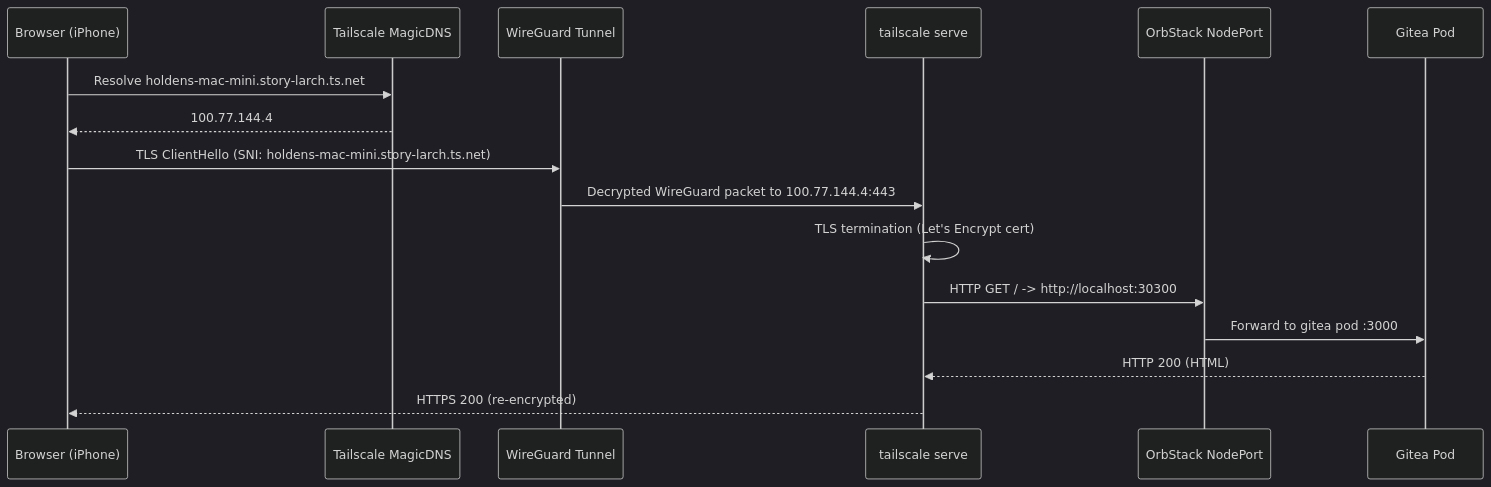
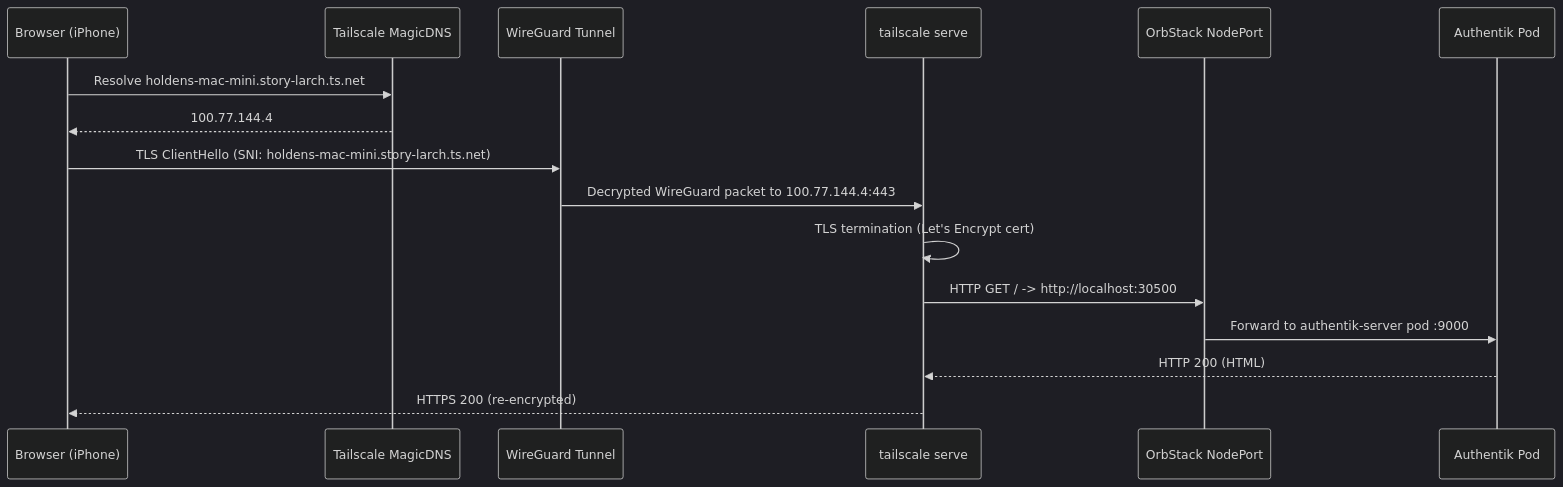
One commit to haingth77/homelab changed the second of 4 diagrams in docs/networking.md. Above: the diagram before and after it, drawn with Mermaid (dark theme). The commit also changed other lines of this file and 15 other files, not shown here.

First line of the commit message:
Migrate Authentik to default HTTPS port and clean up legacy auth

````diff
--- a/docs/networking.md
+++ b/docs/networking.md
@@ -70,19 +70,19 @@
 ```mermaid
 sequenceDiagram
     participant Browser as Browser (iPhone)
     participant MagicDNS as Tailscale MagicDNS
     participant WG as WireGuard Tunnel
     participant TServe as tailscale serve
     participant NodePort as OrbStack NodePort
-    participant Pod as Gitea Pod
+    participant Pod as Authentik Pod
 
     Browser->>MagicDNS: Resolve holdens-mac-mini.story-larch.ts.net
     MagicDNS-->>Browser: 100.77.144.4
     Browser->>WG: TLS ClientHello (SNI: holdens-mac-mini.story-larch.ts.net)
     WG->>TServe: Decrypted WireGuard packet to 100.77.144.4:443
     TServe->>TServe: TLS termination (Let's Encrypt cert)
-    TServe->>NodePort: HTTP GET / -> http://localhost:30300
-    NodePort->>Pod: Forward to gitea pod :3000
+    TServe->>NodePort: HTTP GET / -> http://localhost:30500
+    NodePort->>Pod: Forward to authentik-server pod :9000
     Pod-->>TServe: HTTP 200 (HTML)
     TServe-->>Browser: HTTPS 200 (re-encrypted)
 ```
````
